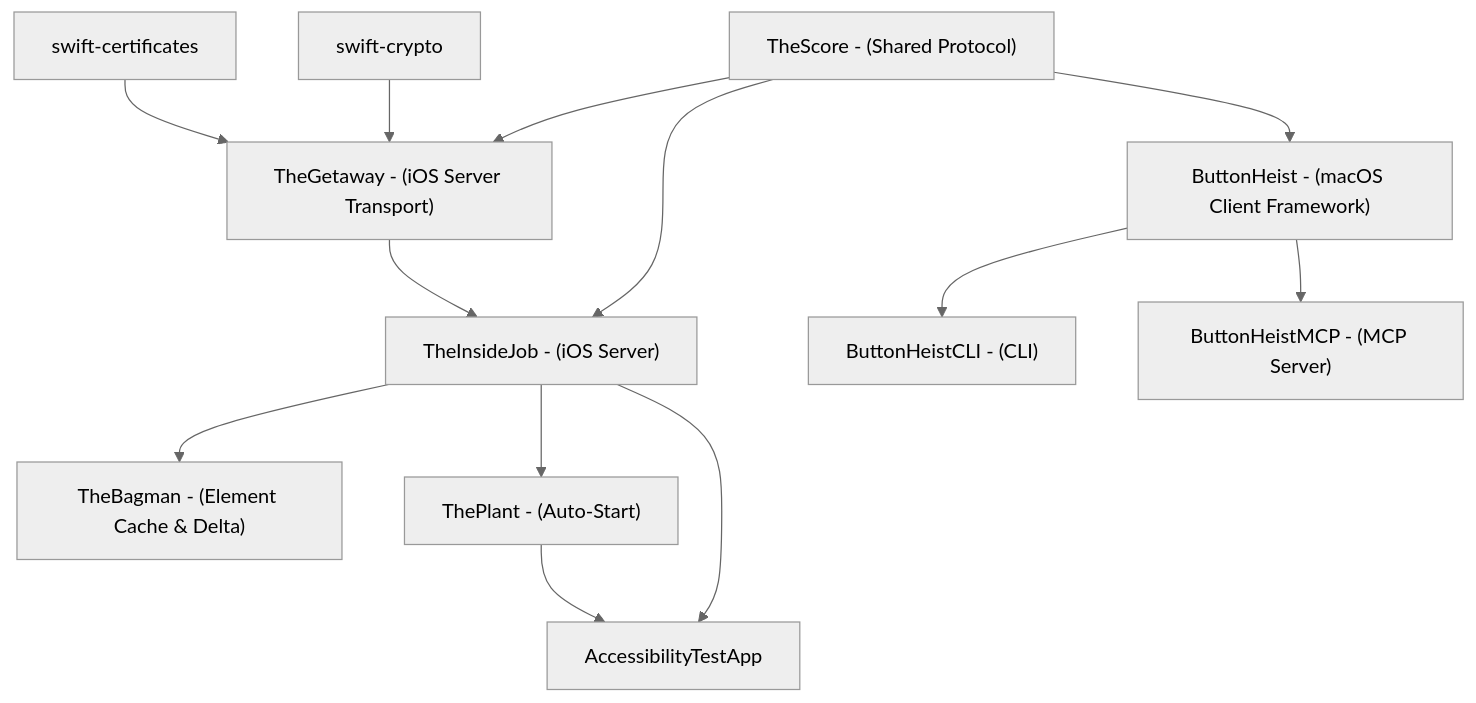
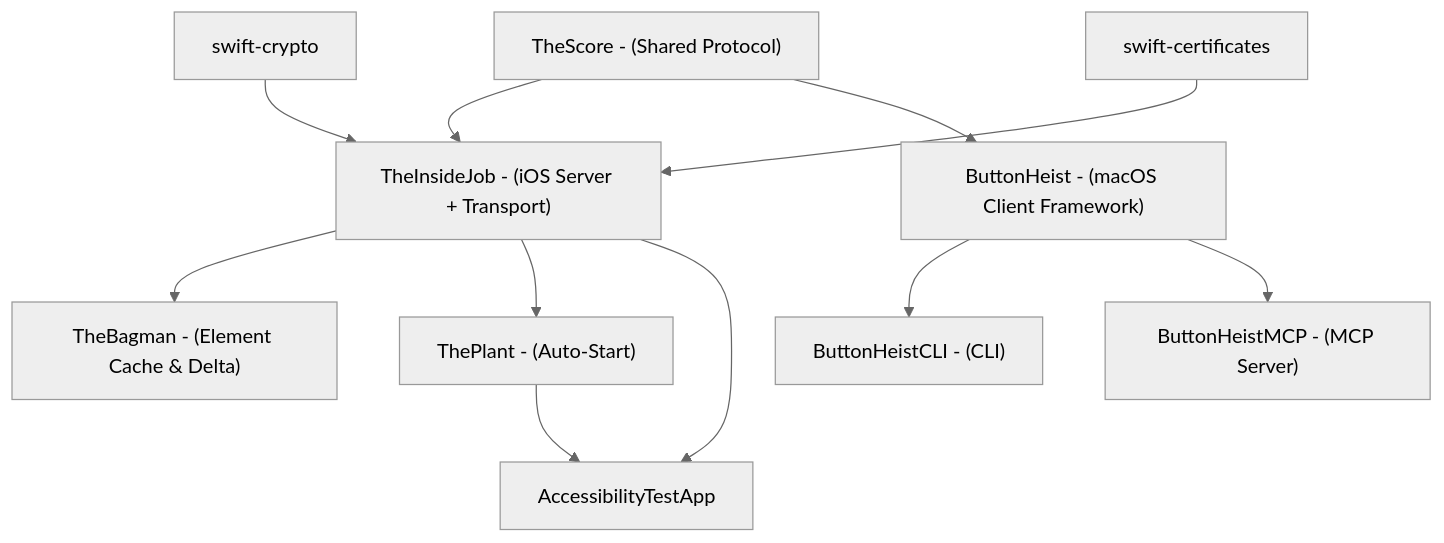
One commit to RoyalPineapple/TheButtonHeist changed the first of 2 diagrams in docs/dossiers/00-OVERVIEW.md. Above: the diagram before and after it, drawn with Mermaid (neutral theme). The commit also changed other lines of this file and 4 other files, not shown here.

````diff
--- a/docs/dossiers/00-OVERVIEW.md
+++ b/docs/dossiers/00-OVERVIEW.md
@@ -36,28 +35,25 @@
 ```mermaid
 graph TD
     TheScore["TheScore - (Shared Protocol)"]
-    TheGetaway["TheGetaway - (iOS Server Transport)"]
-    TheInsideJob["TheInsideJob - (iOS Server)"]
+    TheInsideJob["TheInsideJob - (iOS Server + Transport)"]
     TheBagman["TheBagman - (Element Cache & Delta)"]
     ThePlant["ThePlant - (Auto-Start)"]
     ButtonHeist["ButtonHeist - (macOS Client Framework)"]
     CLI["ButtonHeistCLI - (CLI)"]
     MCP["ButtonHeistMCP - (MCP Server)"]
     TestApp["AccessibilityTestApp"]
 
     Crypto["swift-crypto"]
     X509["swift-certificates"]
 
-    TheScore --> TheGetaway
-    Crypto --> TheGetaway
-    X509 --> TheGetaway
     TheScore --> TheInsideJob
-    TheGetaway --> TheInsideJob
+    Crypto --> TheInsideJob
+    X509 --> TheInsideJob
     TheScore --> ButtonHeist
     ButtonHeist --> CLI
     ButtonHeist --> MCP
     TheInsideJob --> TheBagman
     TheInsideJob --> ThePlant
     TheInsideJob --> TestApp
     ThePlant --> TestApp
 ```
````
